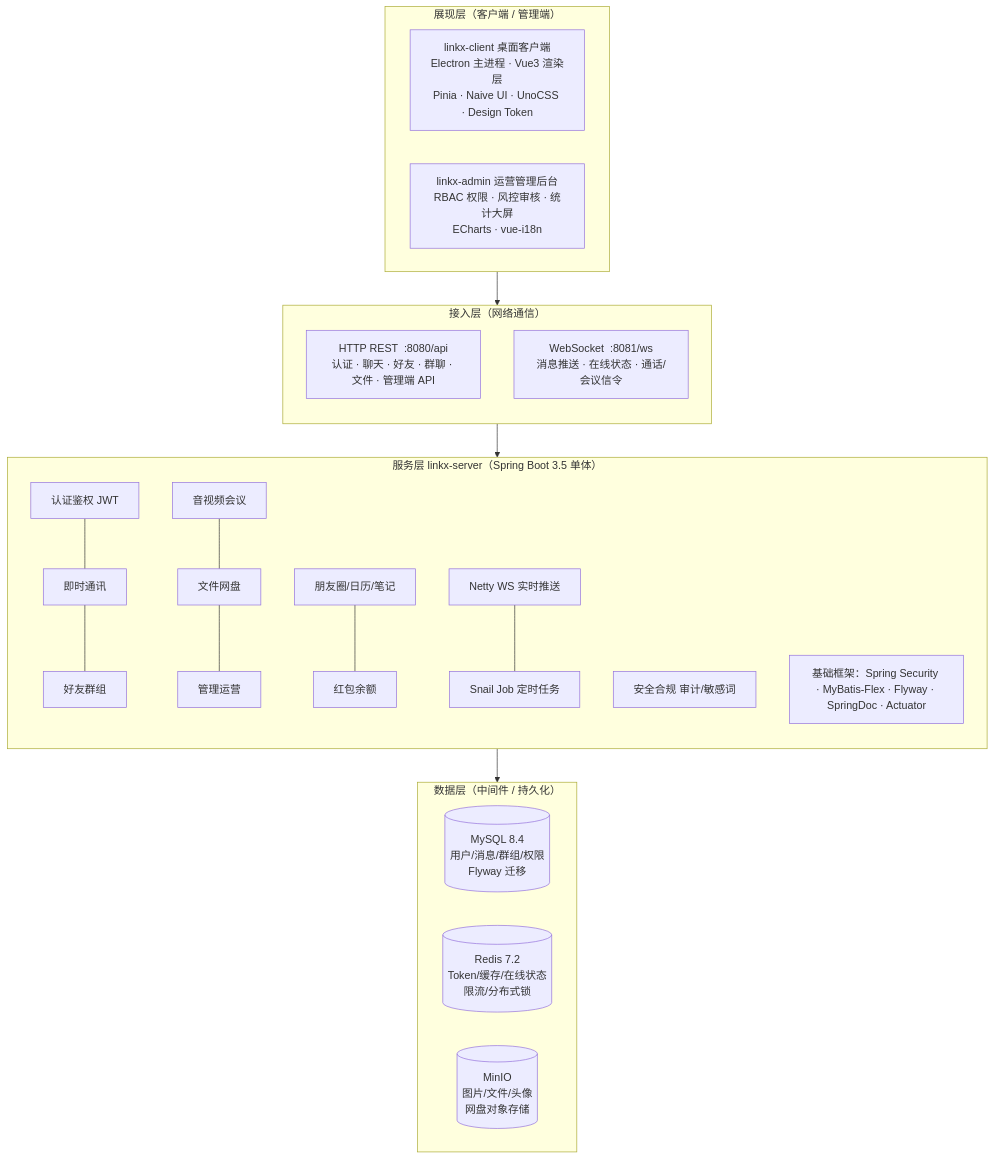
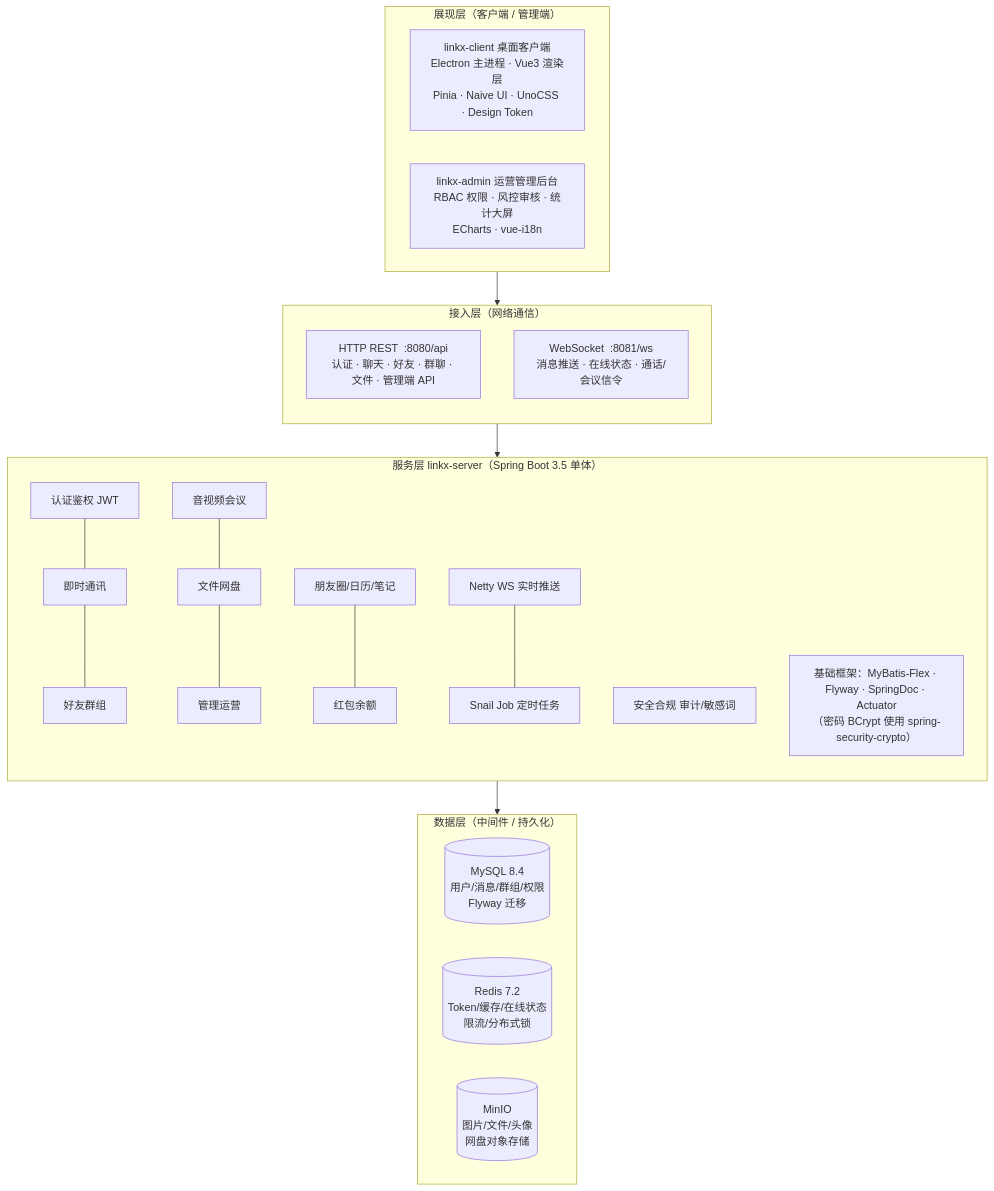
One commit to Yangleduo00337788/LINK-X changed the diagram in README.md. Above: the diagram before and after it, drawn with Mermaid. The commit also changed other lines of this file and 16 other files, not shown here.

````diff
--- a/README.md
+++ b/README.md
@@ -119,35 +119,35 @@
 ```mermaid
 flowchart TB
     subgraph 展现层["展现层（客户端 / 管理端）"]
         direction LR
         C["linkx-client 桌面客户端<br/>Electron 主进程 · Vue3 渲染层<br/>Pinia · Naive UI · UnoCSS · Design Token"]
         A["linkx-admin 运营管理后台<br/>RBAC 权限 · 风控审核 · 统计大屏<br/>ECharts · vue-i18n"]
     end
 
     subgraph 接入层["接入层（网络通信）"]
         direction TB
         REST["HTTP REST  :8080/api<br/>认证 · 聊天 · 好友 · 群聊 · 文件 · 管理端 API"]
         WS["WebSocket  :8081/ws<br/>消息推送 · 在线状态 · 通话/会议信令"]
     end
 
     subgraph 服务层["服务层 linkx-server（Spring Boot 3.5 单体）"]
         direction TB
         M1["认证鉴权 JWT"] --- M2["即时通讯"] --- M3["好友群组"]
         M4["音视频会议"] --- M5["文件网盘"] --- M6["管理运营"]
         M7["朋友圈/日历/笔记"] --- M8["红包余额"]
         M9["Netty WS 实时推送"] --- M10["Snail Job 定时任务"]
         M11["安全合规 审计/敏感词"]
-        FW["基础框架：Spring Security · MyBatis-Flex · Flyway · SpringDoc · Actuator"]
+        FW["基础框架：MyBatis-Flex · Flyway · SpringDoc · Actuator<br/>（密码 BCrypt 使用 spring-security-crypto）"]
     end
 
     subgraph 数据层["数据层（中间件 / 持久化）"]
         direction LR
         DB[("MySQL 8.4<br/>用户/消息/群组/权限<br/>Flyway 迁移")]
         RD[("Redis 7.2<br/>Token/缓存/在线状态<br/>限流/分布式锁")]
         MO[("MinIO<br/>图片/文件/头像<br/>网盘对象存储")]
     end
 
     展现层 --> 接入层
     接入层 --> 服务层
     服务层 --> 数据层
 ```
````
